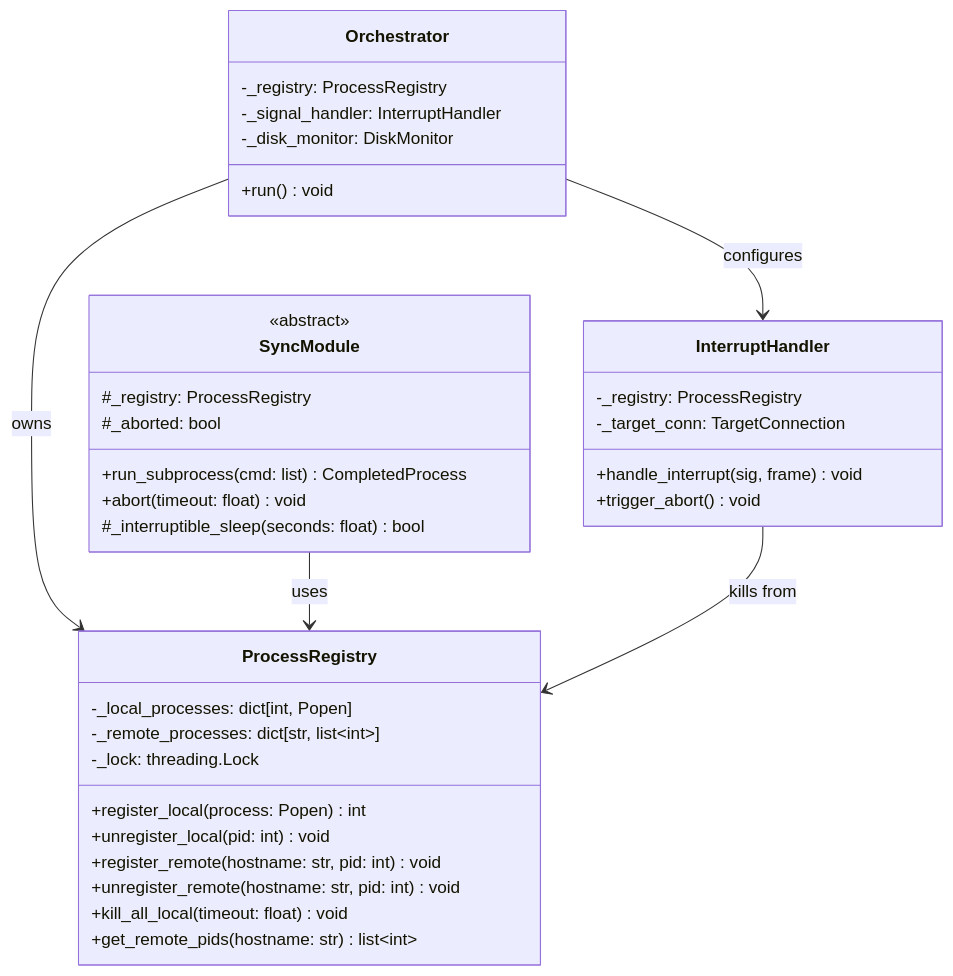
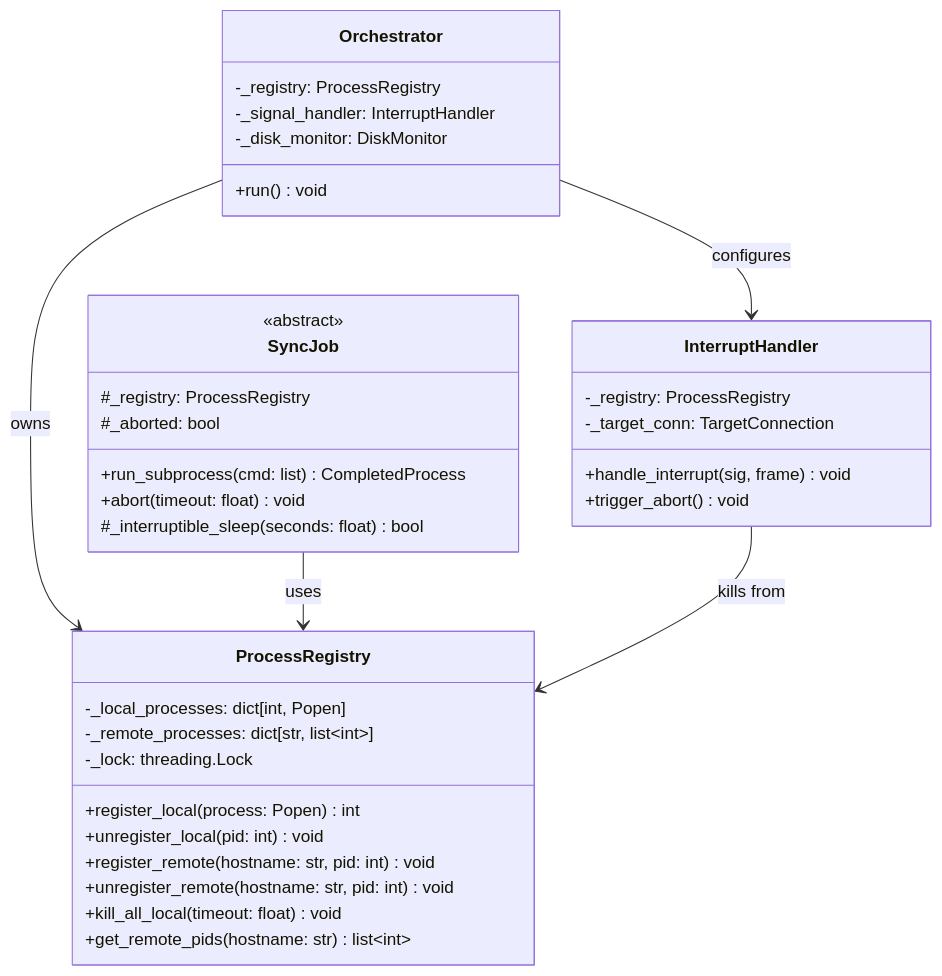
The sixth of 8 diagrams in docs/adr/considerations/async-vs-sync-concurrency-analysis.md (flaksit/pc-switcher), drawn with Mermaid before and after one commit. The commit also changed other lines of this file and 39 other files, not shown here.

Commit message:
rename Module to Job

````diff
--- a/docs/adr/considerations/async-vs-sync-concurrency-analysis.md
+++ b/docs/adr/considerations/async-vs-sync-concurrency-analysis.md
@@ -934,42 +934,42 @@
 ```mermaid
 classDiagram
     class ProcessRegistry {
         -_local_processes: dict[int, Popen]
         -_remote_processes: dict[str, list~int~]
         -_lock: threading.Lock
         +register_local(process: Popen) int
         +unregister_local(pid: int) void
         +register_remote(hostname: str, pid: int) void
         +unregister_remote(hostname: str, pid: int) void
         +kill_all_local(timeout: float) void
         +get_remote_pids(hostname: str) list~int~
     }
 
-    class SyncModule {
+    class SyncJob {
         <<abstract>>
         #_registry: ProcessRegistry
         #_aborted: bool
         +run_subprocess(cmd: list) CompletedProcess
         +abort(timeout: float) void
         #_interruptible_sleep(seconds: float) bool
     }
 
     class Orchestrator {
         -_registry: ProcessRegistry
         -_signal_handler: InterruptHandler
         -_disk_monitor: DiskMonitor
         +run() void
     }
 
     class InterruptHandler {
         -_registry: ProcessRegistry
         -_target_conn: TargetConnection
         +handle_interrupt(sig, frame) void
         +trigger_abort() void
     }
 
     Orchestrator --> ProcessRegistry : owns
-    SyncModule --> ProcessRegistry : uses
+    SyncJob --> ProcessRegistry : uses
     InterruptHandler --> ProcessRegistry : kills from
     Orchestrator --> InterruptHandler : configures
 ```
````
